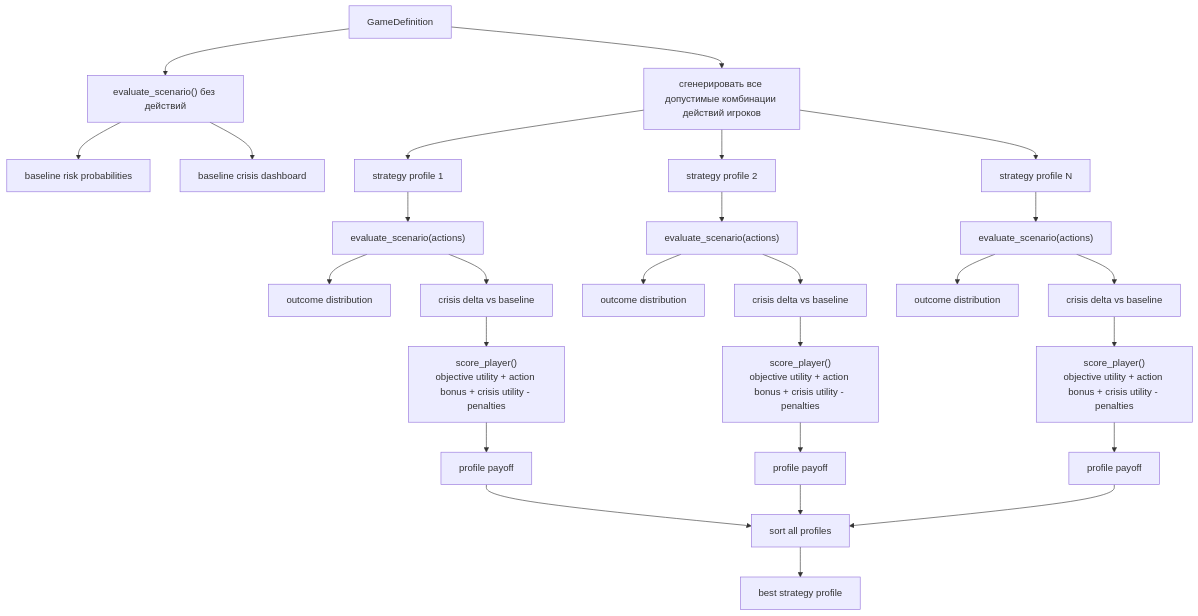
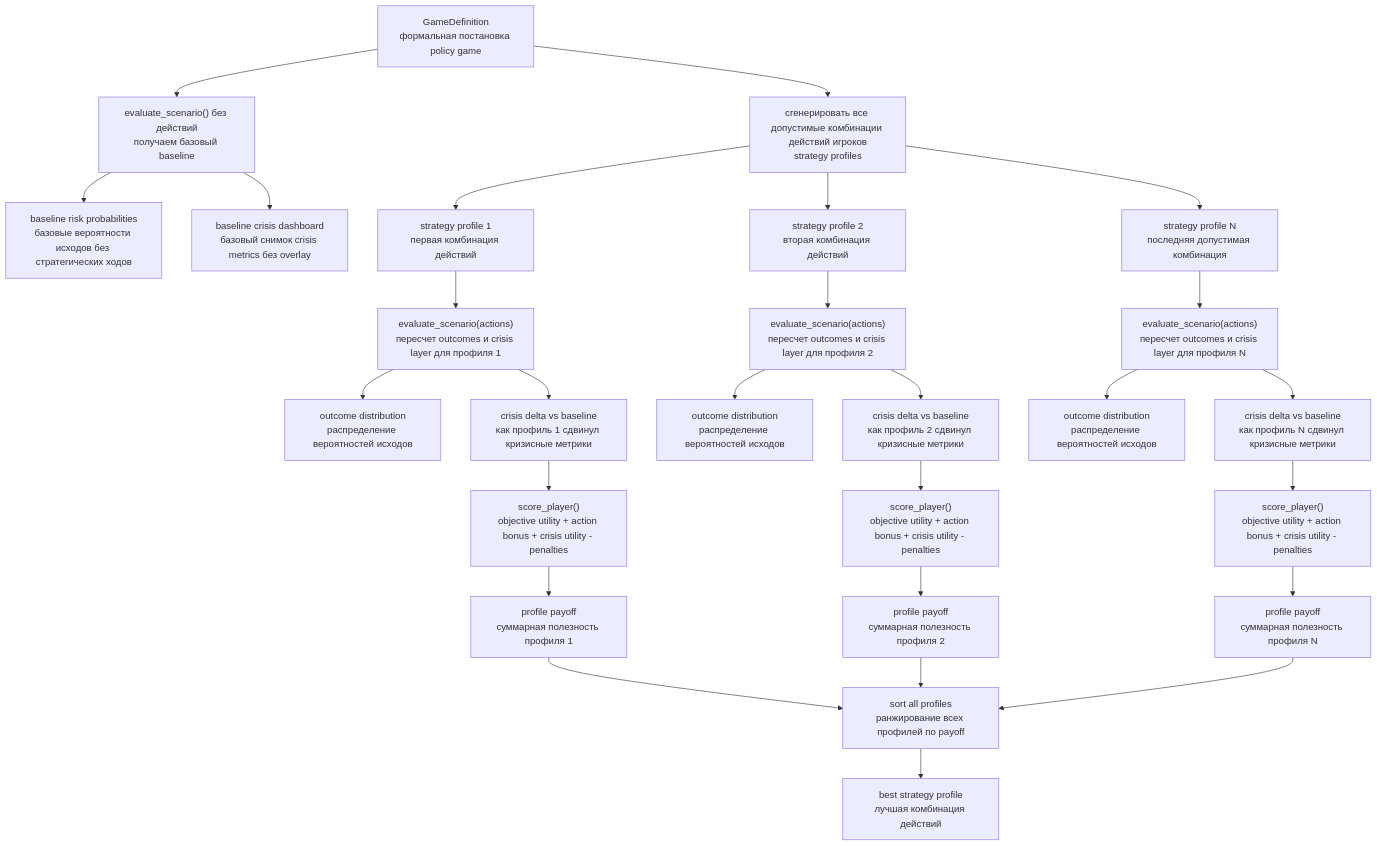
The fourth of 4 diagrams in GIM13_simulation_flow.md (Theclimateguy/GIM), drawn with Mermaid before and after one commit. The commit also changed other lines of this file, not shown here.

Commit message:
Expand GIM13 simulation flow documentation

````diff
--- a/GIM13_simulation_flow.md
+++ b/GIM13_simulation_flow.md
@@ -78,36 +120,36 @@
 ```mermaid
 flowchart TD
-    A["GameDefinition"] --> B["evaluate_scenario() без действий"]
-    B --> C["baseline risk probabilities"]
-    B --> D["baseline crisis dashboard"]
+    A["GameDefinition<br/>формальная постановка policy game"] --> B["evaluate_scenario() без действий<br/>получаем базовый baseline"]
+    B --> C["baseline risk probabilities<br/>базовые вероятности исходов без стратегических ходов"]
+    B --> D["baseline crisis dashboard<br/>базовый снимок crisis metrics без overlay"]
 
-    A --> E["сгенерировать все допустимые комбинации действий игроков"]
-    E --> F["strategy profile 1"]
-    E --> G["strategy profile 2"]
-    E --> H["strategy profile N"]
+    A --> E["сгенерировать все допустимые комбинации действий игроков<br/>strategy profiles"]
+    E --> F["strategy profile 1<br/>первая комбинация действий"]
+    E --> G["strategy profile 2<br/>вторая комбинация действий"]
+    E --> H["strategy profile N<br/>последняя допустимая комбинация"]
 
-    F --> I["evaluate_scenario(actions)"]
-    G --> J["evaluate_scenario(actions)"]
-    H --> K["evaluate_scenario(actions)"]
+    F --> I["evaluate_scenario(actions)<br/>пересчет outcomes и crisis layer для профиля 1"]
+    G --> J["evaluate_scenario(actions)<br/>пересчет outcomes и crisis layer для профиля 2"]
+    H --> K["evaluate_scenario(actions)<br/>пересчет outcomes и crisis layer для профиля N"]
 
-    I --> L["outcome distribution"]
-    J --> M["outcome distribution"]
-    K --> N["outcome distribution"]
+    I --> L["outcome distribution<br/>распределение вероятностей исходов"]
+    J --> M["outcome distribution<br/>распределение вероятностей исходов"]
+    K --> N["outcome distribution<br/>распределение вероятностей исходов"]
 
-    I --> O["crisis delta vs baseline"]
-    J --> P["crisis delta vs baseline"]
-    K --> Q["crisis delta vs baseline"]
+    I --> O["crisis delta vs baseline<br/>как профиль 1 сдвинул кризисные метрики"]
+    J --> P["crisis delta vs baseline<br/>как профиль 2 сдвинул кризисные метрики"]
+    K --> Q["crisis delta vs baseline<br/>как профиль N сдвинул кризисные метрики"]
 
     O --> R["score_player()<br/>objective utility + action bonus + crisis utility - penalties"]
     P --> S["score_player()<br/>objective utility + action bonus + crisis utility - penalties"]
     Q --> T["score_player()<br/>objective utility + action bonus + crisis utility - penalties"]
 
-    R --> U["profile payoff"]
-    S --> V["profile payoff"]
-    T --> W["profile payoff"]
+    R --> U["profile payoff<br/>суммарная полезность профиля 1"]
+    S --> V["profile payoff<br/>суммарная полезность профиля 2"]
+    T --> W["profile payoff<br/>суммарная полезность профиля N"]
 
-    U --> X["sort all profiles"]
+    U --> X["sort all profiles<br/>ранжирование всех профилей по payoff"]
     V --> X
     W --> X
-    X --> Y["best strategy profile"]
+    X --> Y["best strategy profile<br/>лучшая комбинация действий"]
 ```
````
